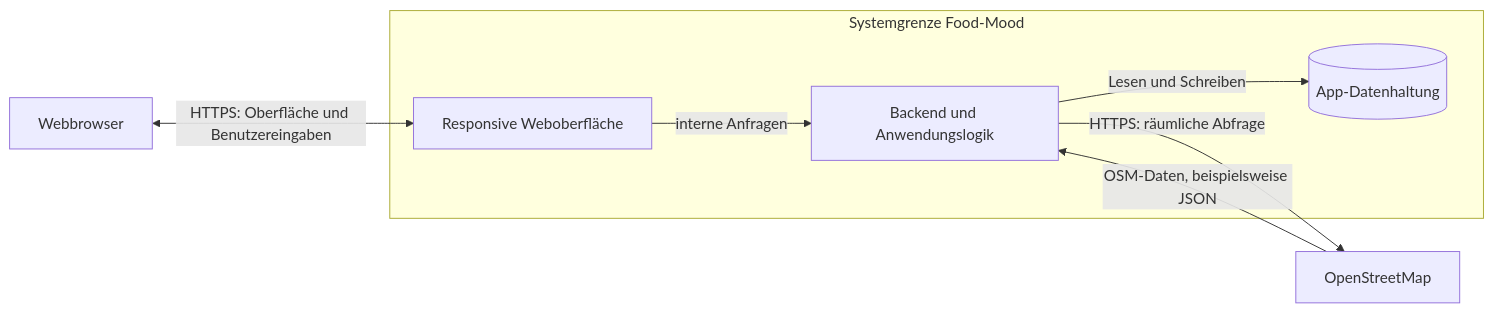
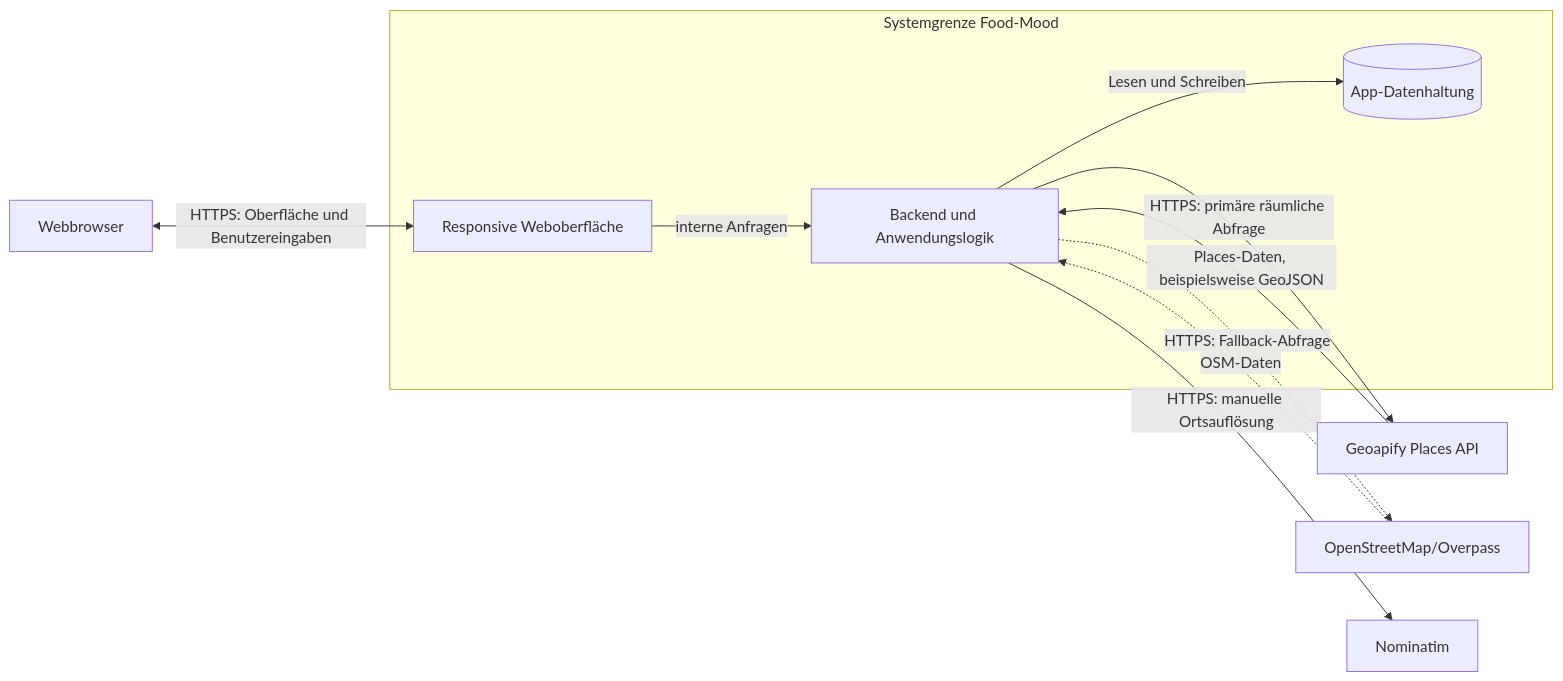
One commit to ahil-trq/thm_wk-1106_food-mood changed the second of 2 diagrams in docs/arch/A03-Kontextabgrenzung.md. Above: the diagram before and after it, drawn with Mermaid. The commit also changed other lines of this file and 14 other files, not shown here.

````diff
--- a/docs/arch/A03-Kontextabgrenzung.md
+++ b/docs/arch/A03-Kontextabgrenzung.md
@@ -51,19 +60,24 @@
 ```mermaid
 flowchart LR
     browser["Webbrowser"]
 
     subgraph foodmood["Systemgrenze Food-Mood"]
         web["Responsive Weboberfläche"]
         backend["Backend und Anwendungslogik"]
         database[("App-Datenhaltung")]
 
         web -->|interne Anfragen| backend
         backend -->|Lesen und Schreiben| database
     end
 
-    osm["OpenStreetMap"]
+    geoapify["Geoapify Places API"]
+    osm["OpenStreetMap/Overpass"]
+    nominatim["Nominatim"]
 
     browser <-->|HTTPS: Oberfläche und Benutzereingaben| web
-    backend -->|HTTPS: räumliche Abfrage| osm
-    osm -->|OSM-Daten, beispielsweise JSON| backend
+    backend -->|HTTPS: primäre räumliche Abfrage| geoapify
+    geoapify -->|Places-Daten, beispielsweise GeoJSON| backend
+    backend -.->|HTTPS: Fallback-Abfrage| osm
+    osm -.->|OSM-Daten| backend
+    backend -->|HTTPS: manuelle Ortsauflösung| nominatim
 ```
````
